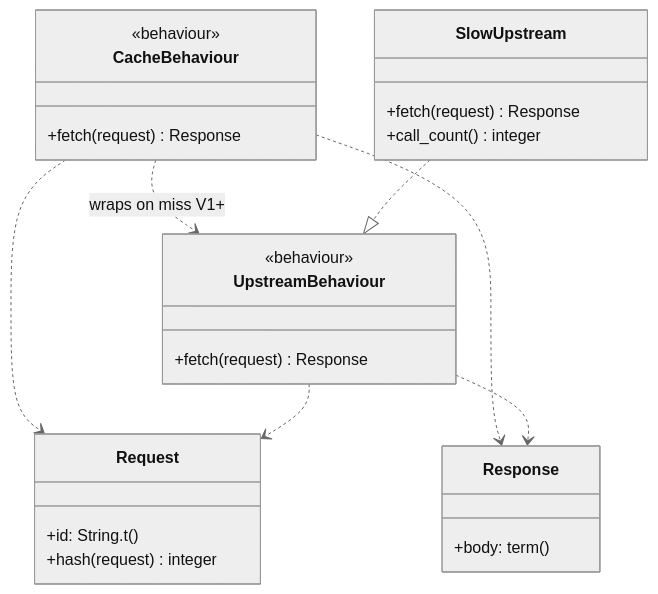
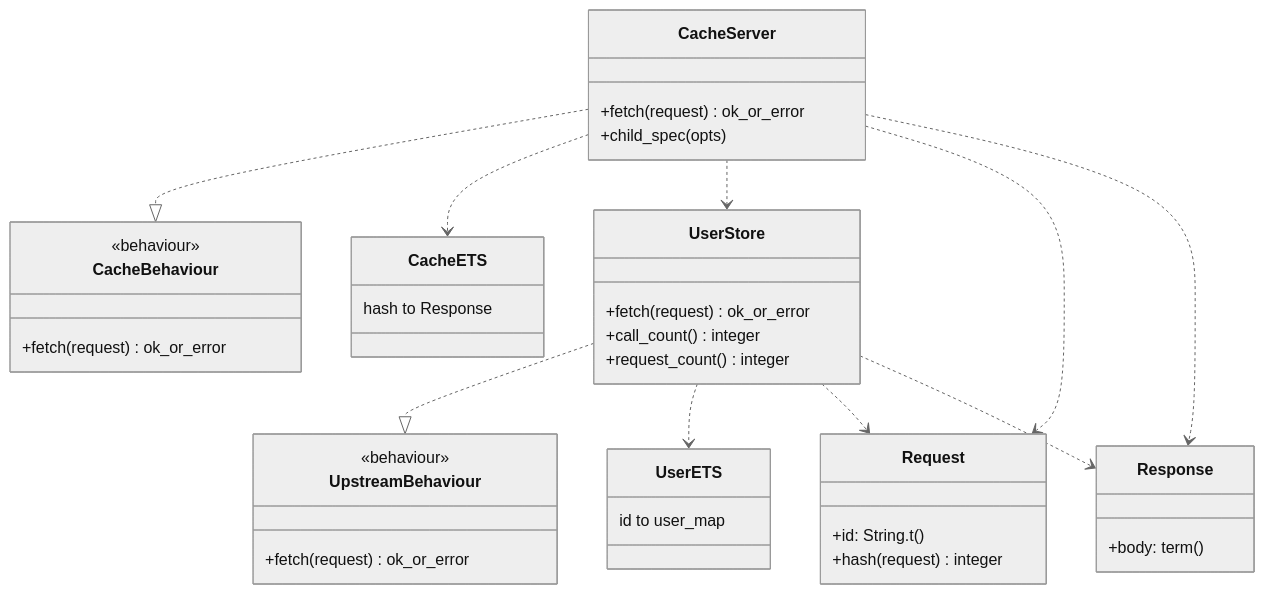
One commit to muzamilarshad/appwork_cache changed the second of 2 diagrams in docs/architecture.md. Above: the diagram before and after it, drawn with Mermaid (neutral theme). The commit also changed other lines of this file and 1 other file, not shown here.

Commit message:
docs(v1): update architecture diagram and README

````diff
--- a/docs/architecture.md
+++ b/docs/architecture.md
@@ -17,28 +17,42 @@
 ```mermaid
 classDiagram
   class CacheBehaviour {
     <<behaviour>>
-    +fetch(request) Response
+    +fetch(request) ok_or_error
+  }
+  class CacheServer {
+    +fetch(request) ok_or_error
+    +child_spec(opts)
   }
   class UpstreamBehaviour {
     <<behaviour>>
-    +fetch(request) Response
+    +fetch(request) ok_or_error
+  }
+  class UserStore {
+    +fetch(request) ok_or_error
+    +call_count() integer
+    +request_count() integer
   }
   class Request {
     +id: String.t()
     +hash(request) integer
   }
   class Response {
     +body: term()
   }
-  class SlowUpstream {
-    +fetch(request) Response
-    +call_count() integer
+  class CacheETS {
+    hash to Response
   }
-  CacheBehaviour ..> UpstreamBehaviour : wraps on miss V1+
-  CacheBehaviour ..> Request
-  CacheBehaviour ..> Response
-  UpstreamBehaviour ..> Request
-  UpstreamBehaviour ..> Response
-  SlowUpstream ..|> UpstreamBehaviour
+  class UserETS {
+    id to user_map
+  }
+  CacheServer ..|> CacheBehaviour
+  UserStore ..|> UpstreamBehaviour
+  CacheServer ..> CacheETS
+  CacheServer ..> UserStore
+  UserStore ..> UserETS
+  CacheServer ..> Request
+  CacheServer ..> Response
+  UserStore ..> Request
+  UserStore ..> Response
 ```
````
